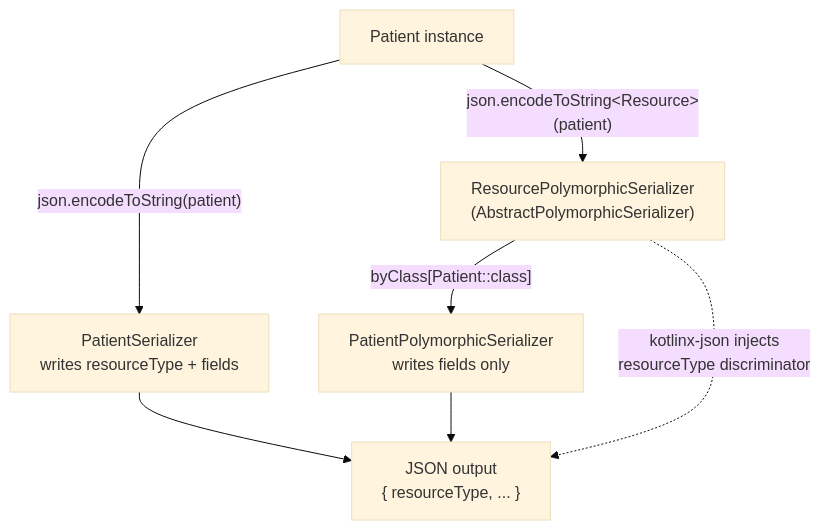
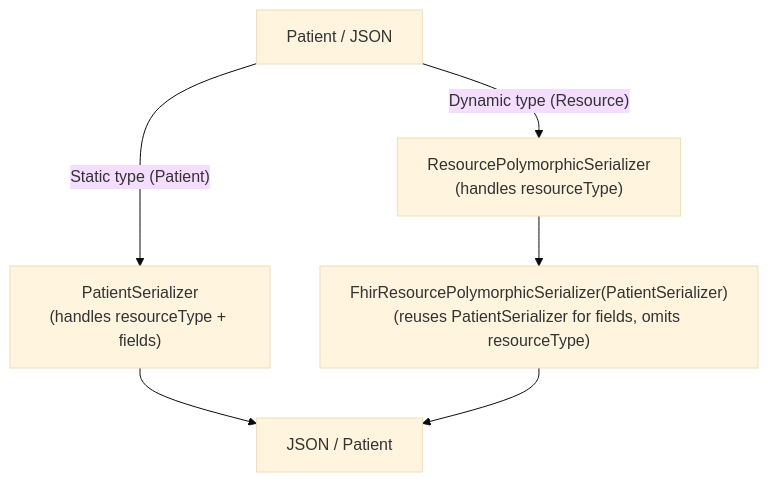
One commit to ohs-foundation/kotlin-fhir changed the first of 3 diagrams in README.md. Above: the diagram before and after it, drawn with Mermaid (base theme). The commit also changed other lines of this file and 11 other files, not shown here.

````diff
--- a/README.md
+++ b/README.md
@@ -293,9 +305,8 @@
 ```mermaid
 graph TB
-    A["Patient instance"] -->|"json.encodeToString(patient)"| PS["PatientSerializer<br/>writes resourceType + fields"]
-    A -->|"json.encodeToString&ltResource&gt(patient)"| RPS["ResourcePolymorphicSerializer<br/>(AbstractPolymorphicSerializer)"]
-    RPS -->|"byClass[Patient::class]"| PPS["PatientPolymorphicSerializer<br/>writes fields only"]
-    RPS -.->|"kotlinx-json injects<br/>resourceType discriminator"| O
-    PS --> O["JSON output<br/>{ resourceType, ... }"]
+    A["Patient / JSON"] -->|"Static type (Patient)"| PS["PatientSerializer<br/>(handles resourceType + fields)"]
+    A -->|"Dynamic type (Resource)"| RPS["ResourcePolymorphicSerializer<br/>(handles resourceType)"]
+    RPS --> PPS["FhirResourcePolymorphicSerializer(PatientSerializer)<br/>(reuses PatientSerializer for fields, omits resourceType)"]
+    PS --> O["JSON / Patient"]
     PPS --> O
 ```
````
